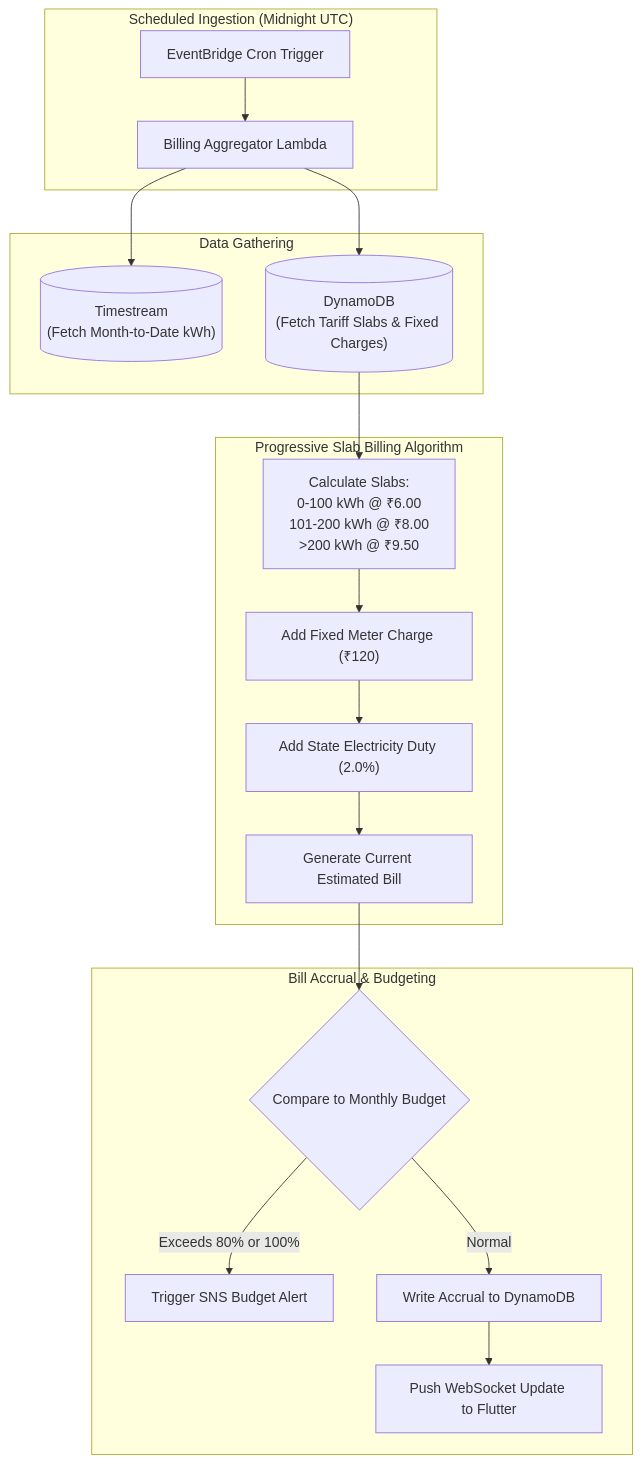
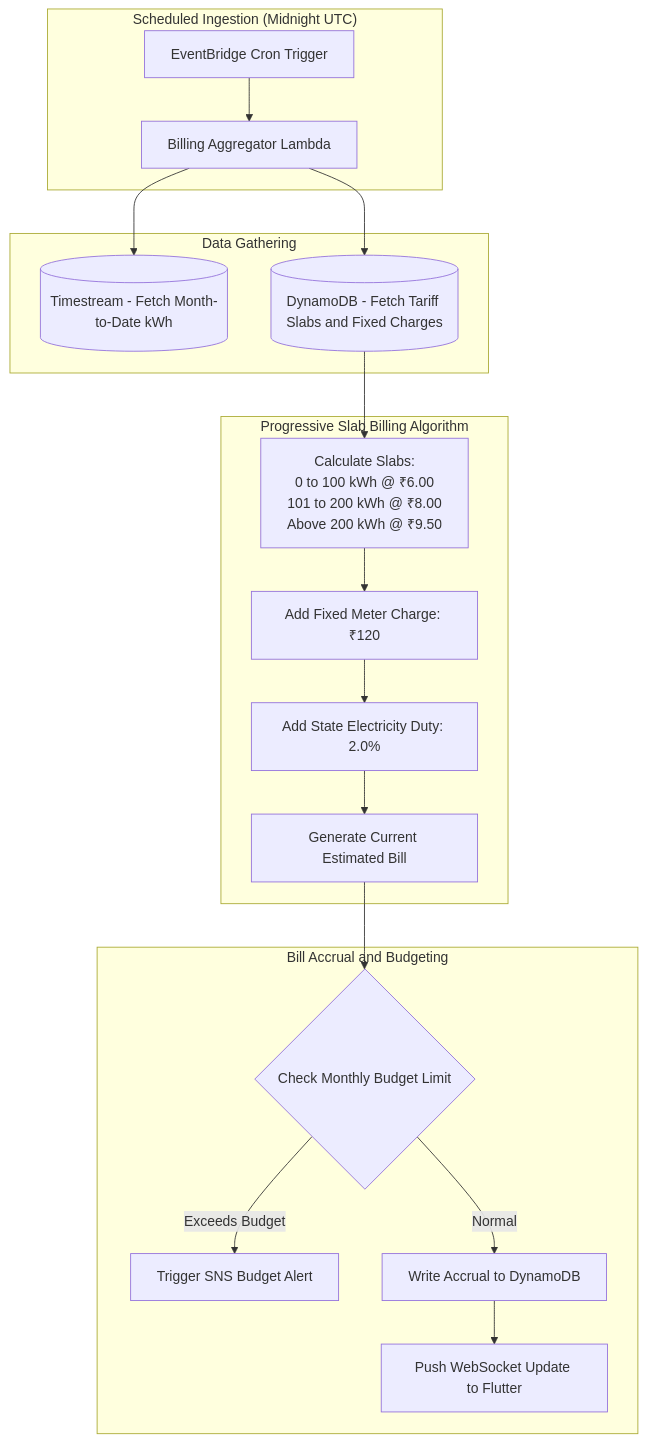
One commit to VimalChaudhary07/SEMS changed the seventh of 11 diagrams in AWS_BACKEND_INTEGRATION_PLAN.md. Above: the diagram before and after it, drawn with Mermaid. The commit also changed other lines of this file and 5 other files, not shown here.

````diff
--- a/AWS_BACKEND_INTEGRATION_PLAN.md
+++ b/AWS_BACKEND_INTEGRATION_PLAN.md
@@ -438,25 +436,25 @@
 ```mermaid
 flowchart TD
     subgraph DailyTrigger["Scheduled Ingestion (Midnight UTC)"]
         Cron["EventBridge Cron Trigger"] --> Lambda_Billing["Billing Aggregator Lambda"]
     end
 
     subgraph DataFetch["Data Gathering"]
-        Lambda_Billing --> Timestream[("Timestream<br/>(Fetch Month-to-Date kWh)")]
-        Lambda_Billing --> DynamoDB[("DynamoDB<br/>(Fetch Tariff Slabs & Fixed Charges)")]
+        Lambda_Billing --> Timestream[("Timestream - Fetch Month-to-Date kWh")]
+        Lambda_Billing --> DynamoDB[("DynamoDB - Fetch Tariff Slabs and Fixed Charges")]
     end
 
     subgraph Engine["Progressive Slab Billing Algorithm"]
-        DynamoDB --> CalcSlabs["Calculate Slabs:<br/>0-100 kWh @ ₹6.00<br/>101-200 kWh @ ₹8.00<br/>>200 kWh @ ₹9.50"]
-        CalcSlabs --> AddFixed["Add Fixed Meter Charge (₹120)"]
-        AddFixed --> AddDuty["Add State Electricity Duty (2.0%)"]
+        DynamoDB --> CalcSlabs["Calculate Slabs:<br/>0 to 100 kWh @ ₹6.00<br/>101 to 200 kWh @ ₹8.00<br/>Above 200 kWh @ ₹9.50"]
+        CalcSlabs --> AddFixed["Add Fixed Meter Charge: ₹120"]
+        AddFixed --> AddDuty["Add State Electricity Duty: 2.0%"]
         AddDuty --> GenEstimate["Generate Current Estimated Bill"]
     end
 
-    subgraph Reconciliation["Bill Accrual & Budgeting"]
-        GenEstimate --> BudgetCheck{"Compare to Monthly Budget"}
-        BudgetCheck -->|Exceeds 80% or 100%| SendAlert["Trigger SNS Budget Alert"]
+    subgraph Reconciliation["Bill Accrual and Budgeting"]
+        GenEstimate --> BudgetCheck{"Check Monthly Budget Limit"}
+        BudgetCheck -->|Exceeds Budget| SendAlert["Trigger SNS Budget Alert"]
         BudgetCheck -->|Normal| StoreAccrual["Write Accrual to DynamoDB"]
         StoreAccrual --> NotifyClient["Push WebSocket Update to Flutter"]
     end
 ```
````
